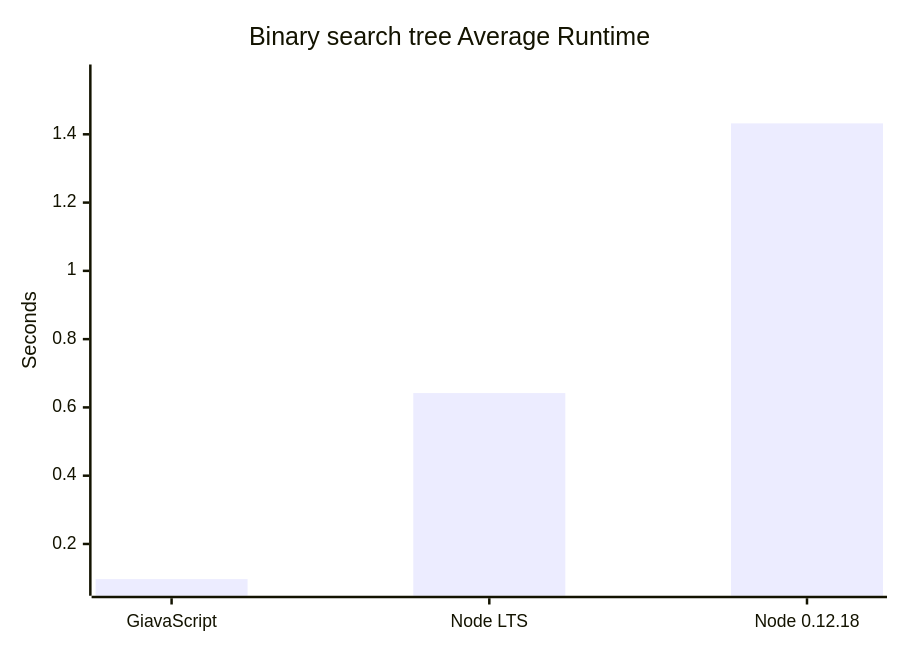
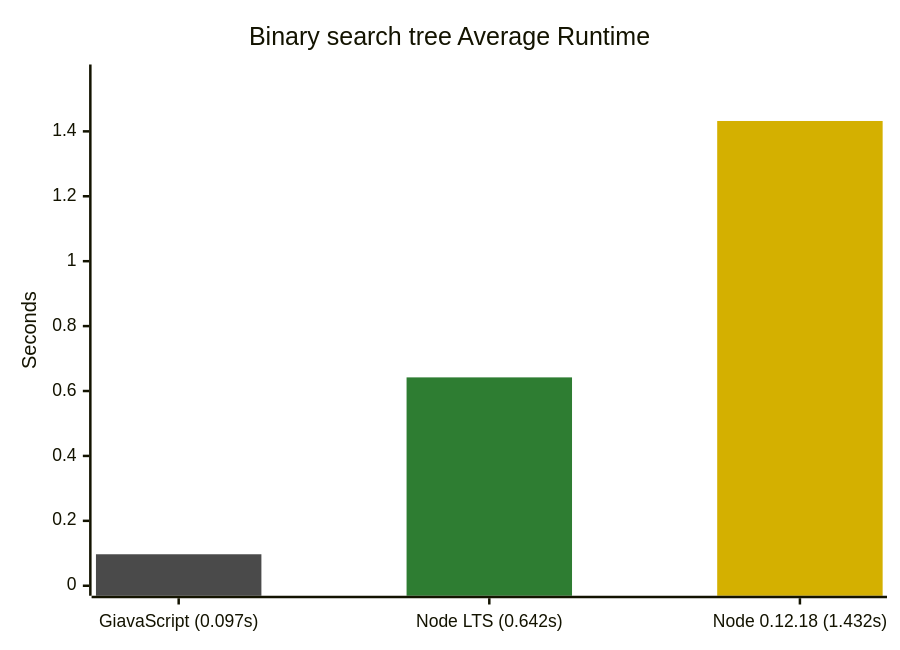
One commit to GiavaScript/GiavaScript changed the third of 4 diagrams in README.md. Above: the diagram before and after it, drawn with Mermaid. The commit also changed other lines of this file and 1 other file, not shown here.

Commit message:
improved charts

````diff
--- a/README.md
+++ b/README.md
@@ -93,7 +99,10 @@
 ```mermaid
+%%{init: {"themeVariables": {"xyChart": {"plotColorPalette": "#4a4a4a, #2e7d32, #d4b000"}}}}%%
 xychart-beta
     title "Binary search tree Average Runtime"
-    x-axis ["GiavaScript", "Node LTS", "Node 0.12.18"]
-    y-axis "Seconds" 0.0776 --> 1.5752
-    bar [0.097, 0.642, 1.432]
+    x-axis ["GiavaScript (0.097s)", "Node LTS (0.642s)", "Node 0.12.18 (1.432s)"]
+    y-axis "Seconds" 0 --> 1.5752
+    bar [0.097, -1, -1]
+    bar [-1, 0.642, -1]
+    bar [-1, -1, 1.432]
 ```
````
